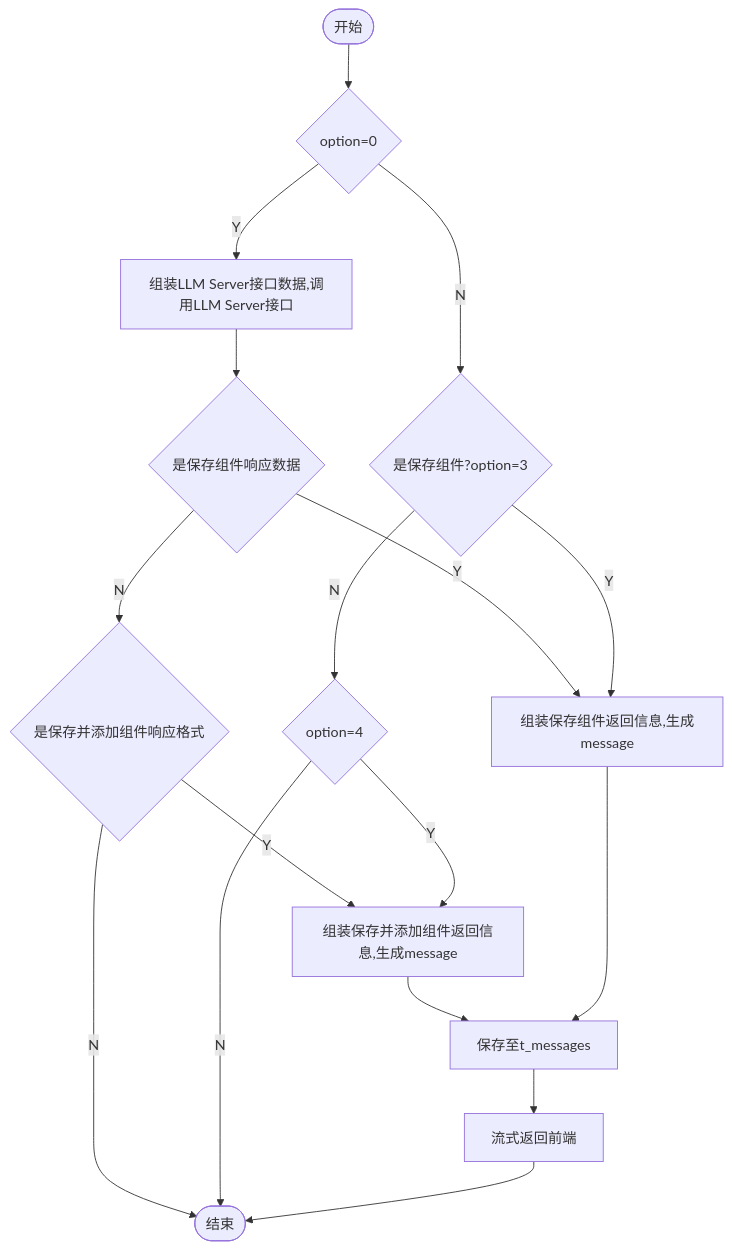
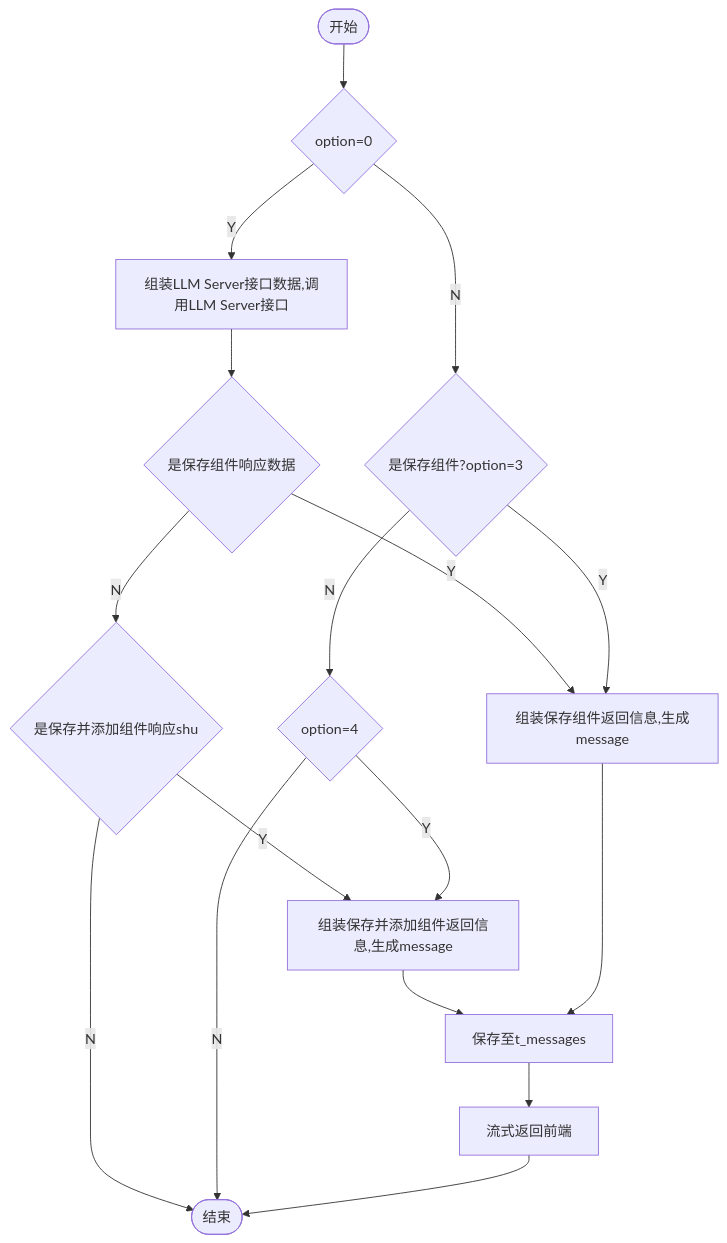
One commit to yingjianzh/iodraw-files changed the diagram in all/添加保存组件.md. Above: the diagram before and after it, drawn with Mermaid.

Commit message:
2024-10-14 13:40:19 update

````diff
--- a/all/添加保存组件.md
+++ b/all/添加保存组件.md
@@ -1,19 +1,19 @@
 ```mermaid
 flowchart TD
     A([开始]) --> B{option=0}
     B -- Y --> C[组装LLM Server接口数据,调用LLM Server接口]
     B -- N --> D{是保存组件?option=3}
     C --> E{是保存组件响应数据}
     E -- Y --> F[组装保存组件返回信息,生成message]
-    E -- N --> L{是保存并添加组件响应格式}
+    E -- N --> L{是保存并添加组件响应shu}
     L -- Y --> K
     L -- N --> I
     D -- Y --> F
     D -- N --> J{option=4}
     J -- Y --> K[组装保存并添加组件返回信息,生成message]
     K --> G
     J -- N --> I
     F --> G[保存至t_messages]
     G --> H[流式返回前端]
     H --> I([结束])
 ```
````
